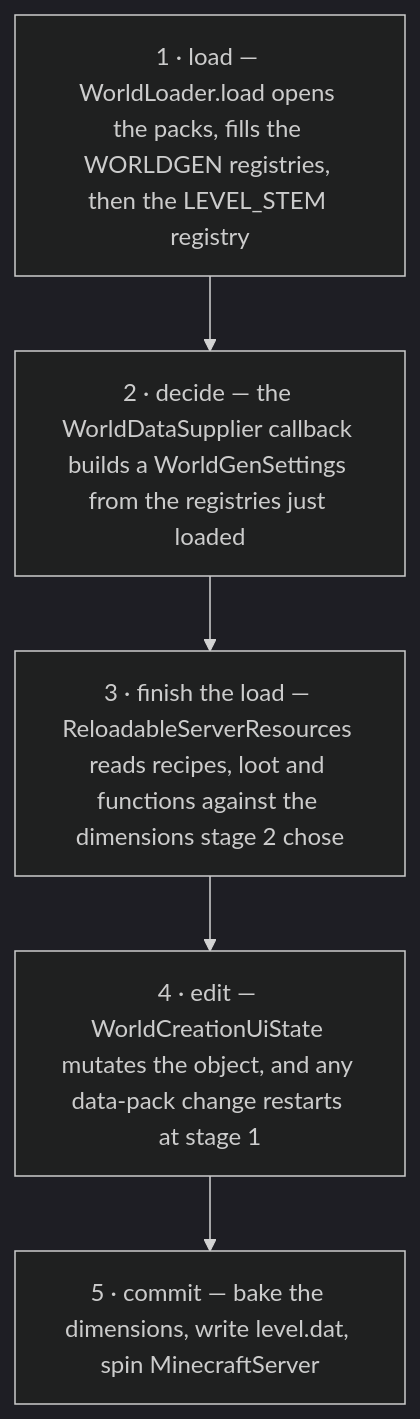
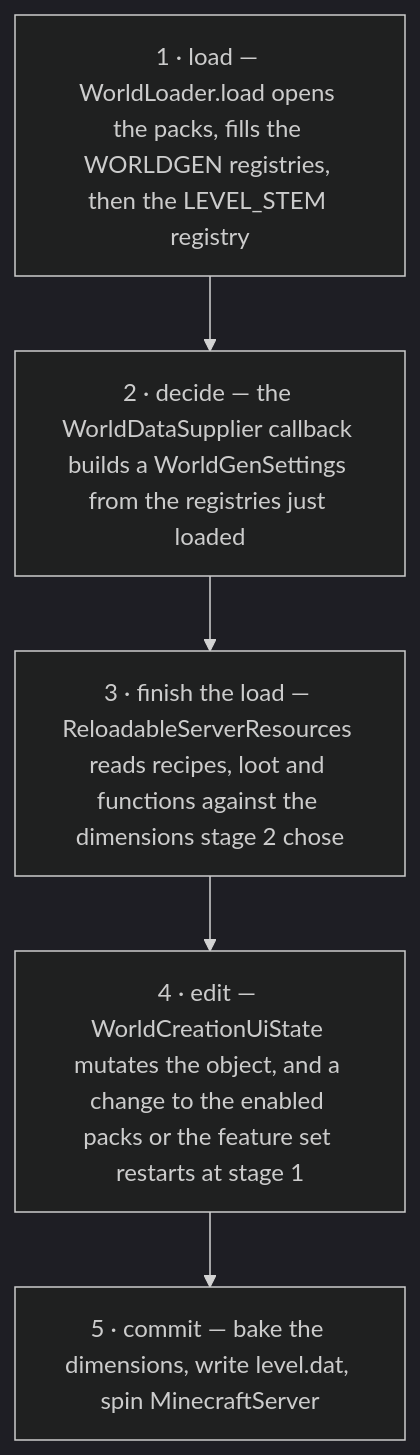
The first of 2 diagrams in src/systems/worldgen/creating-a-world.md (AlexanderjFraser/MinecraftDocs), drawn with Mermaid (dark theme) before and after one commit. The commit also changed other lines of this file and 15 other files, not shown here.

````diff
--- a/src/systems/worldgen/creating-a-world.md
+++ b/src/systems/worldgen/creating-a-world.md
@@ -47,8 +47,8 @@
 ```mermaid
 flowchart TB
     A["1 · load — WorldLoader.load opens the packs, fills the WORLDGEN registries, then the LEVEL_STEM registry"]
     A --> B["2 · decide — the WorldDataSupplier callback builds a WorldGenSettings from the registries just loaded"]
     B --> C["3 · finish the load — ReloadableServerResources reads recipes, loot and functions against the dimensions stage 2 chose"]
-    C --> D["4 · edit — WorldCreationUiState mutates the object, and any data-pack change restarts at stage 1"]
+    C --> D["4 · edit — WorldCreationUiState mutates the object, and a change to the enabled packs or the feature set restarts at stage 1"]
     D --> E["5 · commit — bake the dimensions, write level.dat, spin MinecraftServer"]
 ```
````
